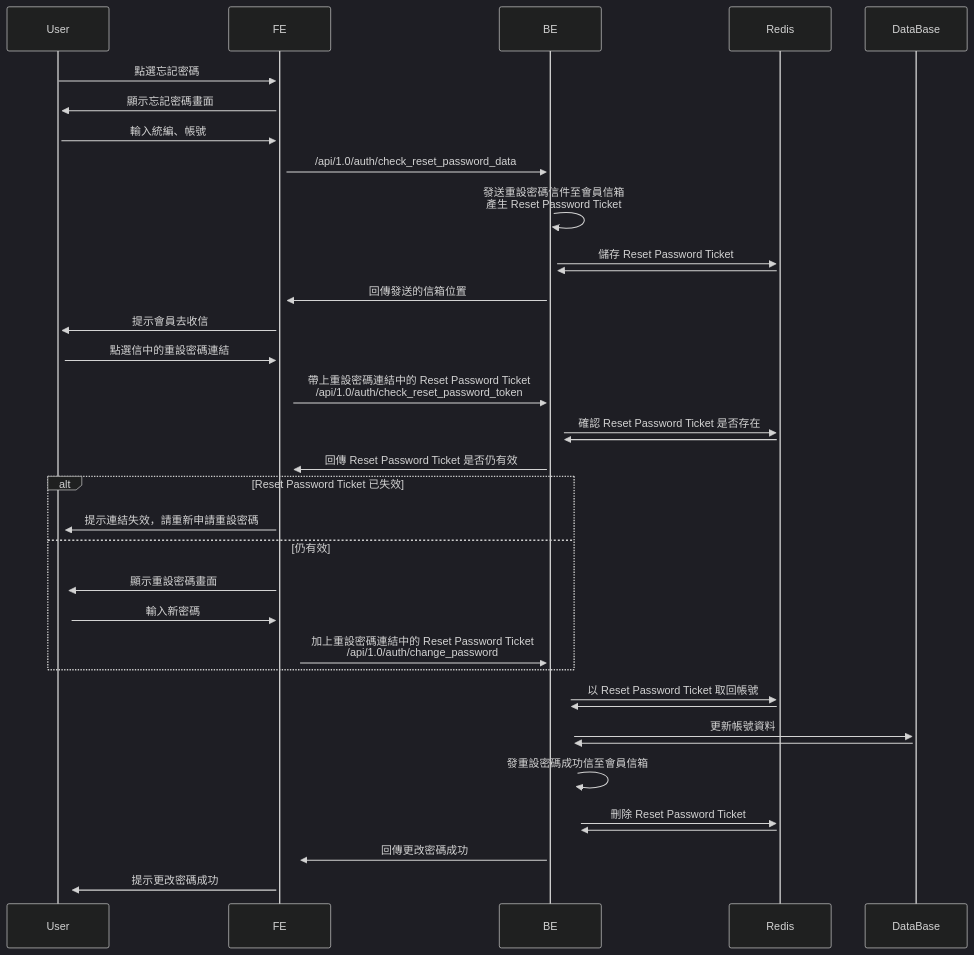
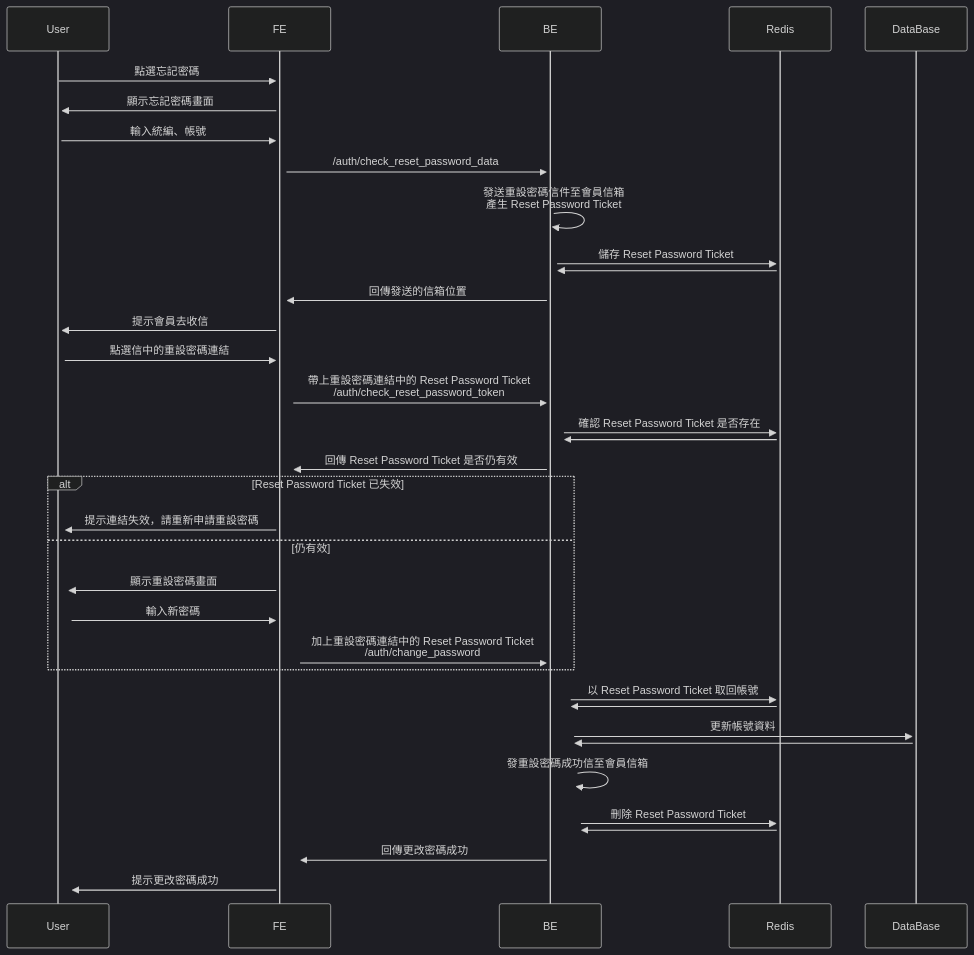
Before and after one commit to thunderstormwang/CodingNote: the first of 2 diagrams in System_Design/forget_password.md, drawn with Mermaid (dark theme). The commit also changed 1 other file, not shown here.

Commit message:
modify notes

````diff
--- a/System_Design/forget_password.md
+++ b/System_Design/forget_password.md
@@ -7,42 +7,42 @@
 ```mermaid
 sequenceDiagram
 participant User
 participant FE
 participant BE
 participant Redis
 participant DataBase
 
 User ->>+ FE: 點選忘記密碼
 FE ->>+ User: 顯示忘記密碼畫面
 User ->>+ FE: 輸入統編、帳號
-FE ->>+ BE: /api/1.0/auth/check_reset_password_data
+FE ->>+ BE: /auth/check_reset_password_data
 BE ->>+ BE: 發送重設密碼信件至會員信箱<br/>產生 Reset Password Ticket
 BE ->>+ Redis: 儲存 Reset Password Ticket
 Redis ->>+ BE: 
 BE ->>+ FE: 回傳發送的信箱位置
 FE ->>+ User: 提示會員去收信
 
 User ->>+ FE: 點選信中的重設密碼連結
-FE ->>+ BE: 帶上重設密碼連結中的 Reset Password Ticket<br/>/api/1.0/auth/check_reset_password_token
+FE ->>+ BE: 帶上重設密碼連結中的 Reset Password Ticket<br/>/auth/check_reset_password_token
 BE ->>+ Redis: 確認 Reset Password Ticket 是否存在
 Redis ->>+ BE: 
 BE ->>+ FE: 回傳 Reset Password Ticket 是否仍有效
 
 alt Reset Password Ticket 已失效
   FE ->>+ User: 提示連結失效，請重新申請重設密碼
 else 仍有效
   FE ->>+ User: 顯示重設密碼畫面
   User ->>+ FE: 輸入新密碼
-  FE ->>+ BE: 加上重設密碼連結中的 Reset Password Ticket<br/>/api/1.0/auth/change_password
+  FE ->>+ BE: 加上重設密碼連結中的 Reset Password Ticket<br/>/auth/change_password
 end
 
 BE ->>+ Redis: 以 Reset Password Ticket 取回帳號
 Redis ->>+ BE: 
 BE ->>+ DataBase: 更新帳號資料
 DataBase ->>+ BE: 
 BE ->>+ BE: 發重設密碼成功信至會員信箱
 BE ->>+ Redis: 刪除 Reset Password Ticket
 Redis ->>+ BE: 
 BE ->>+ FE: 回傳更改密碼成功
 FE ->>+ User: 提示更改密碼成功
 ```
````
